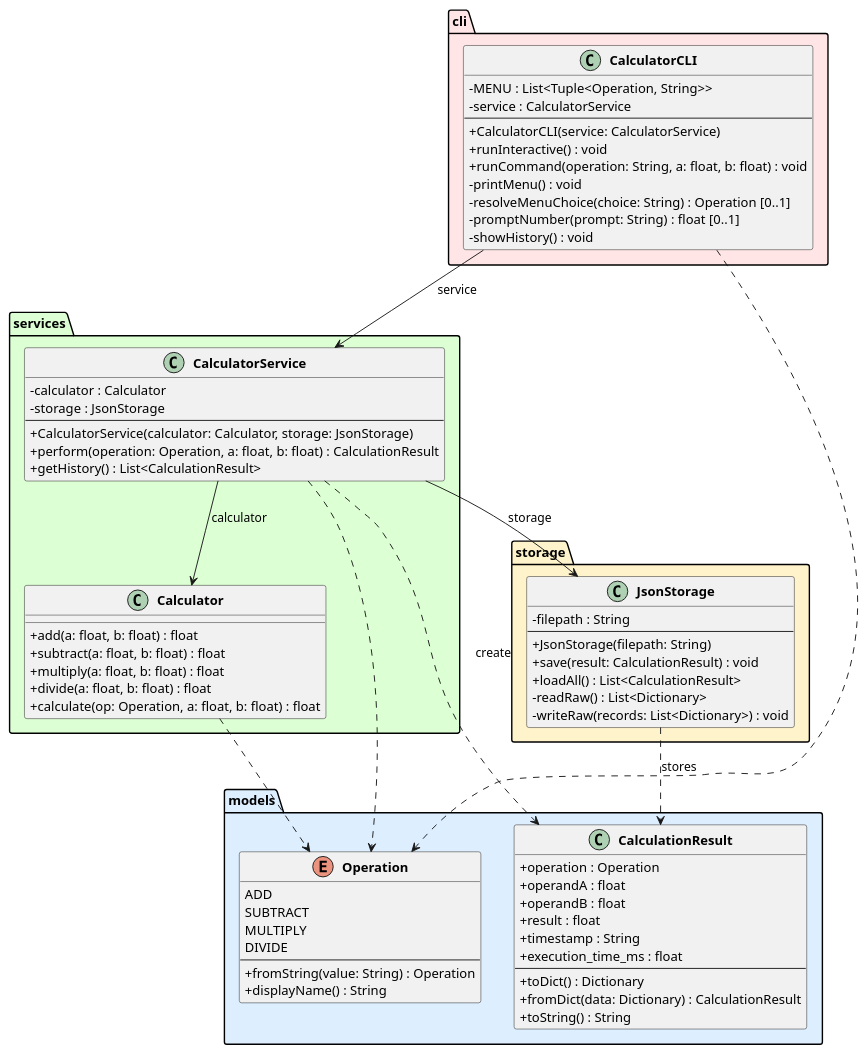
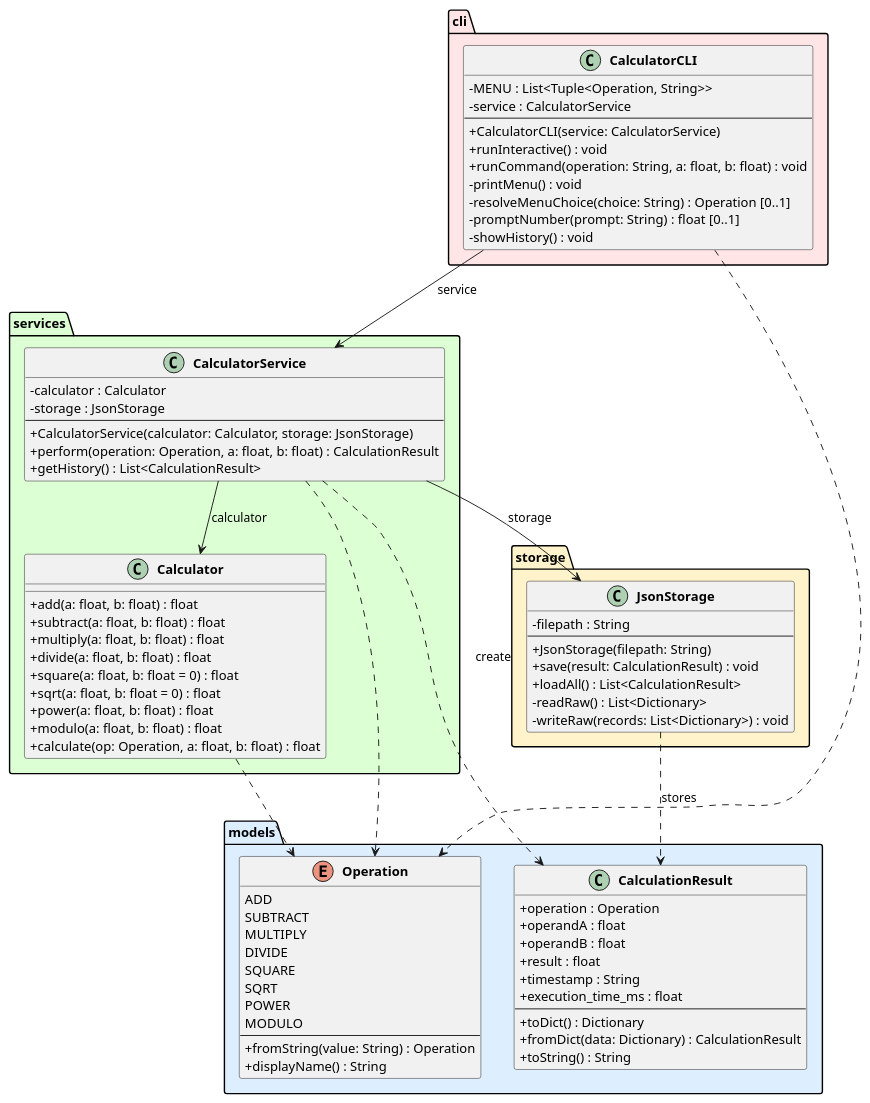
Before and after one commit to DanielRiha8906/Software_autoevolution_using_agents: the diagram in experiments/pipeline/test_driven/calculator/artifacts/class_diagram.puml, drawn with PlantUML. The commit also changed 8 other files, not shown here.

First line of the commit message:
task 02: Add square, sqrt, power, modulo operations to Calculator

```diff
--- a/experiments/pipeline/test_driven/calculator/artifacts/class_diagram.puml
+++ b/experiments/pipeline/test_driven/calculator/artifacts/class_diagram.puml
@@ -1,87 +1,95 @@
 @startuml class_diagram
 
 skinparam classAttributeIconSize 0
 skinparam classFontStyle bold
 
 package "models" #DDEEFF {
     enum Operation {
         ADD
         SUBTRACT
         MULTIPLY
         DIVIDE
+        SQUARE
+        SQRT
+        POWER
+        MODULO
         --
         +fromString(value: String) : Operation
         +displayName() : String
     }
 
     class CalculationResult {
         +operation : Operation
         +operandA : float
         +operandB : float
         +result : float
         +timestamp : String
         +execution_time_ms : float
         --
         +toDict() : Dictionary
         +fromDict(data: Dictionary) : CalculationResult
         +toString() : String
     }
 }
 
 package "services" #DDFFD4 {
     class Calculator {
         +add(a: float, b: float) : float
         +subtract(a: float, b: float) : float
         +multiply(a: float, b: float) : float
         +divide(a: float, b: float) : float
+        +square(a: float, b: float = 0) : float
+        +sqrt(a: float, b: float = 0) : float
+        +power(a: float, b: float) : float
+        +modulo(a: float, b: float) : float
         +calculate(op: Operation, a: float, b: float) : float
     }
 
     class CalculatorService {
         -calculator : Calculator
         -storage : JsonStorage
         --
         +CalculatorService(calculator: Calculator, storage: JsonStorage)
         +perform(operation: Operation, a: float, b: float) : CalculationResult
         +getHistory() : List<CalculationResult>
     }
 }
 
 package "storage" #FFF3CC {
     class JsonStorage {
         -filepath : String
         --
         +JsonStorage(filepath: String)
         +save(result: CalculationResult) : void
         +loadAll() : List<CalculationResult>
         -readRaw() : List<Dictionary>
         -writeRaw(records: List<Dictionary>) : void
     }
 }
 
 package "cli" #FFE5E5 {
     class CalculatorCLI {
         -MENU : List<Tuple<Operation, String>>
         -service : CalculatorService
         --
         +CalculatorCLI(service: CalculatorService)
         +runInteractive() : void
         +runCommand(operation: String, a: float, b: float) : void
         -printMenu() : void
         -resolveMenuChoice(choice: String) : Operation [0..1]
         -promptNumber(prompt: String) : float [0..1]
         -showHistory() : void
     }
 }
 
 CalculatorCLI --> CalculatorService : service
 CalculatorService --> Calculator : calculator
 CalculatorService --> JsonStorage : storage
 
 CalculatorService ..> CalculationResult : create
 CalculatorService ..> Operation
 CalculatorCLI ..> Operation
 Calculator ..> Operation
 JsonStorage ..> CalculationResult : stores
 
 @enduml
```
